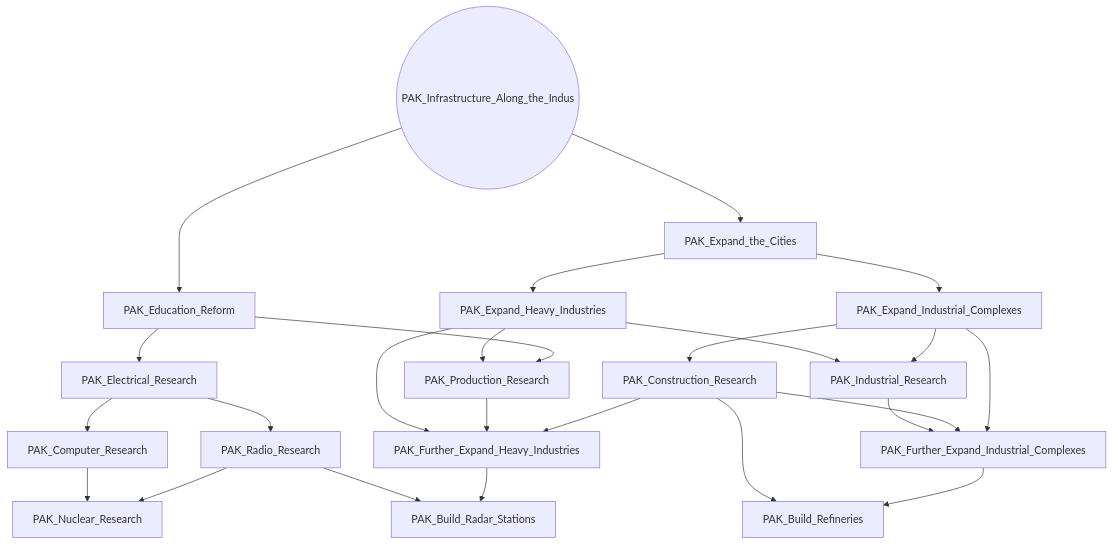
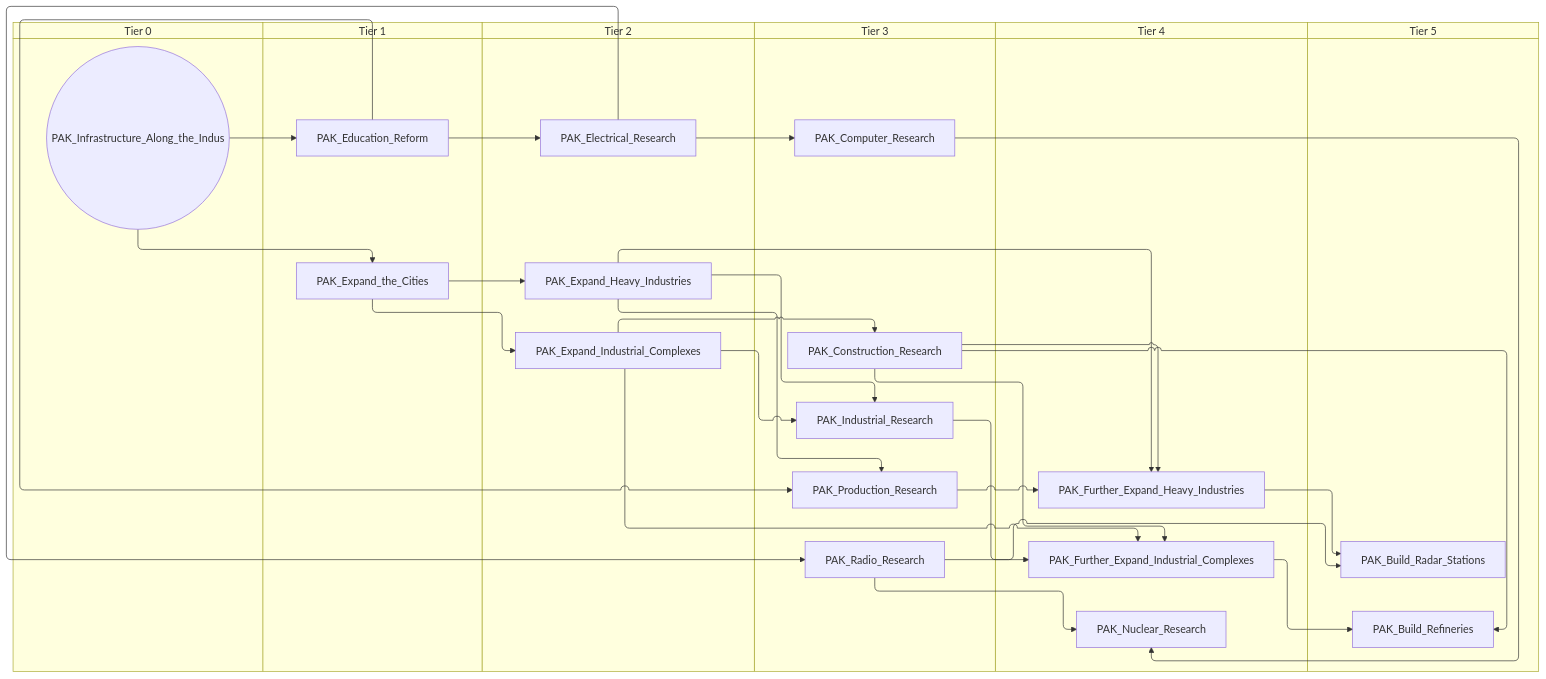
Before and after one commit to evgeny-sobol/hoi4-sandbox-mode-r56: the second of 3 diagrams in docs/gdd/National Focuses/pakistan.md, drawn with Mermaid. The commit also changed other lines of this file and 423 other files, not shown here.

First line of the commit message:
Re-export Rt56 focus trees as swimlane diagrams

````diff
--- a/docs/gdd/National Focuses/pakistan.md
+++ b/docs/gdd/National Focuses/pakistan.md
@@ -117,43 +135,55 @@
 ```mermaid
-flowchart TD
-    n45["PAK_Build_Radar_Stations"]
-    n46["PAK_Build_Refineries"]
-    n47["PAK_Computer_Research"]
-    n48["PAK_Construction_Research"]
-    n49["PAK_Education_Reform"]
-    n50["PAK_Electrical_Research"]
-    n51["PAK_Expand_Heavy_Industries"]
-    n52["PAK_Expand_Industrial_Complexes"]
-    n53["PAK_Expand_the_Cities"]
-    n54["PAK_Further_Expand_Heavy_Industries"]
-    n55["PAK_Further_Expand_Industrial_Complexes"]
-    n56["PAK_Industrial_Research"]
-    n57(("PAK_Infrastructure_Along_the_Indus"))
-    n58["PAK_Nuclear_Research"]
-    n59["PAK_Production_Research"]
-    n60["PAK_Radio_Research"]
-    n60 --> n45
-    n54 --> n45
-    n48 --> n46
-    n55 --> n46
-    n50 --> n47
-    n52 --> n48
-    n57 --> n49
-    n49 --> n50
-    n53 --> n51
-    n53 --> n52
-    n57 --> n53
-    n51 --> n54
-    n59 --> n54
-    n48 --> n54
-    n56 --> n55
+swimlane-beta TD
+    subgraph tier_0["Tier 0"]
+        n45(("PAK_Infrastructure_Along_the_Indus"))
+    end
+    subgraph tier_1["Tier 1"]
+        n46["PAK_Education_Reform"]
+        n47["PAK_Expand_the_Cities"]
+    end
+    subgraph tier_2["Tier 2"]
+        n48["PAK_Electrical_Research"]
+        n49["PAK_Expand_Heavy_Industries"]
+        n50["PAK_Expand_Industrial_Complexes"]
+    end
+    subgraph tier_3["Tier 3"]
+        n51["PAK_Computer_Research"]
+        n52["PAK_Construction_Research"]
+        n53["PAK_Industrial_Research"]
+        n54["PAK_Production_Research"]
+        n55["PAK_Radio_Research"]
+    end
+    subgraph tier_4["Tier 4"]
+        n56["PAK_Further_Expand_Heavy_Industries"]
+        n57["PAK_Further_Expand_Industrial_Complexes"]
+        n58["PAK_Nuclear_Research"]
+    end
+    subgraph tier_5["Tier 5"]
+        n59["PAK_Build_Radar_Stations"]
+        n60["PAK_Build_Refineries"]
+    end
+    n55 --> n59
+    n56 --> n59
+    n52 --> n60
+    n57 --> n60
+    n48 --> n51
+    n50 --> n52
+    n45 --> n46
+    n46 --> n48
+    n47 --> n49
+    n47 --> n50
+    n45 --> n47
+    n49 --> n56
+    n54 --> n56
+    n52 --> n56
+    n53 --> n57
+    n52 --> n57
+    n50 --> n57
+    n49 --> n53
+    n50 --> n53
+    n51 --> n58
+    n55 --> n58
+    n49 --> n54
+    n46 --> n54
     n48 --> n55
-    n52 --> n55
-    n51 --> n56
-    n52 --> n56
-    n47 --> n58
-    n60 --> n58
-    n51 --> n59
-    n49 --> n59
-    n50 --> n60
 ```
````
